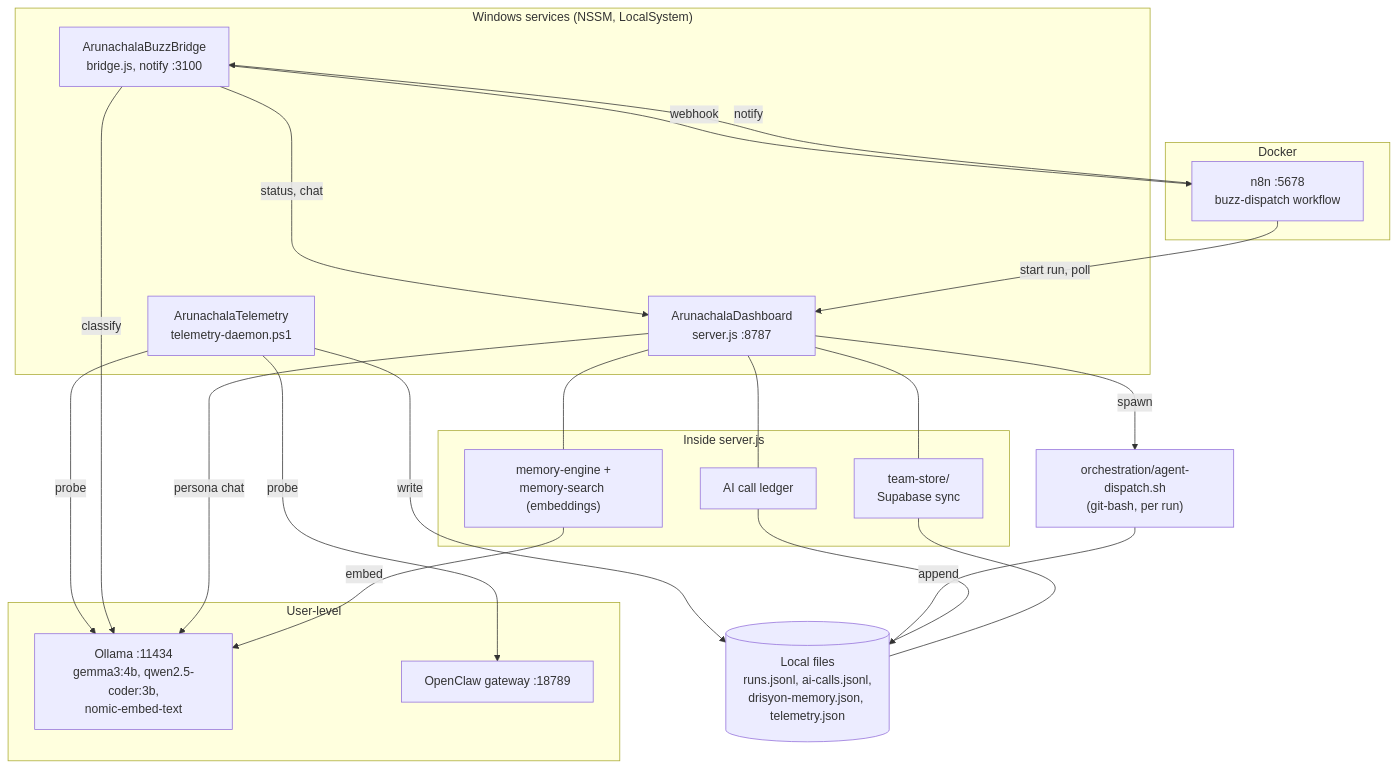
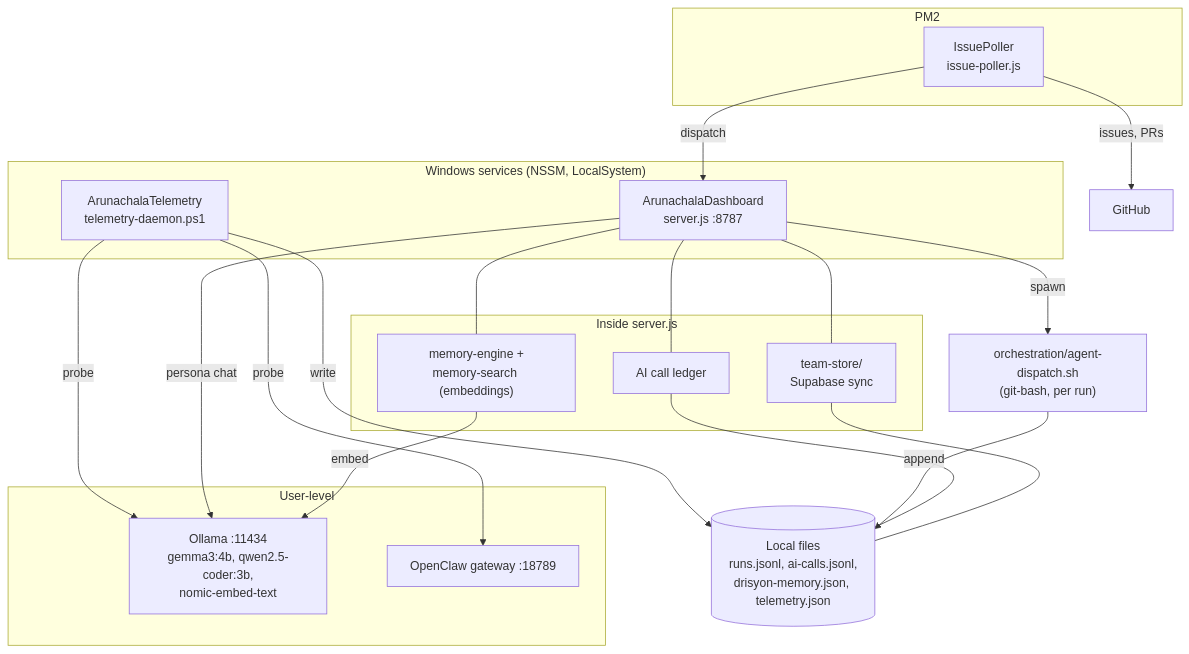
The second of 8 diagrams in docs/HLD.md (tnmurthy/fuzzy-octo-eureka), drawn with Mermaid before and after one commit. The commit also changed other lines of this file and 9 other files, not shown here.

Commit message:
docs: remove Buzz, describe the GitHub issue queue (#30)

````diff
--- a/docs/HLD.md
+++ b/docs/HLD.md
@@ -57,40 +58,36 @@
 ```mermaid
 flowchart TB
     subgraph NSSM["Windows services (NSSM, LocalSystem)"]
         TEL["ArunachalaTelemetry<br/>telemetry-daemon.ps1"]
         DASH["ArunachalaDashboard<br/>server.js :8787"]
-        BRG["ArunachalaBuzzBridge<br/>bridge.js, notify :3100"]
     end
 
-    subgraph Docker
-        N8N["n8n :5678<br/>buzz-dispatch workflow"]
+    subgraph PM2["PM2"]
+        POLL["IssuePoller<br/>issue-poller.js"]
     end
 
     subgraph User["User-level"]
         OLL["Ollama :11434<br/>gemma3:4b, qwen2.5-coder:3b,<br/>nomic-embed-text"]
         OC["OpenClaw gateway :18789"]
     end
 
     subgraph InDash["Inside server.js"]
         TS["team-store/<br/>Supabase sync"]
         MEM["memory-engine +<br/>memory-search (embeddings)"]
         LED["AI call ledger"]
     end
 
     DISP["orchestration/agent-dispatch.sh<br/>(git-bash, per run)"]
     FILES[("Local files<br/>runs.jsonl, ai-calls.jsonl,<br/>drisyon-memory.json, telemetry.json")]
 
     TEL -- "probe" --> OLL & OC
     TEL -- "write" --> FILES
-    BRG -- "classify" --> OLL
-    BRG -- "status, chat" --> DASH
-    BRG -- "webhook" --> N8N
-    N8N -- "start run, poll" --> DASH
-    N8N -- "notify" --> BRG
+    POLL -- "dispatch" --> DASH
+    POLL -- "issues, PRs" --> GH["GitHub"]
     DASH -- "spawn" --> DISP
     DISP -- "append" --> FILES
     DASH --- TS & MEM & LED
     DASH -- "persona chat" --> OLL
     MEM -- "embed" --> OLL
     LED & TS --- FILES
 ```
````
